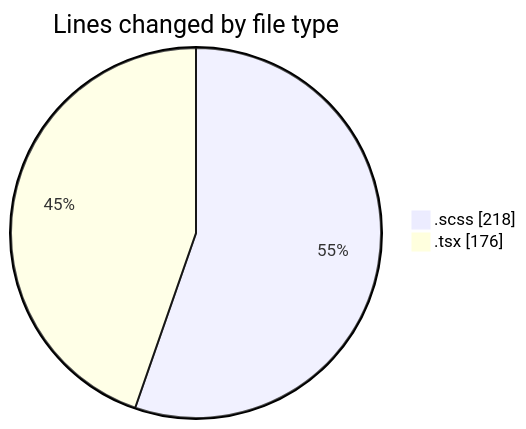
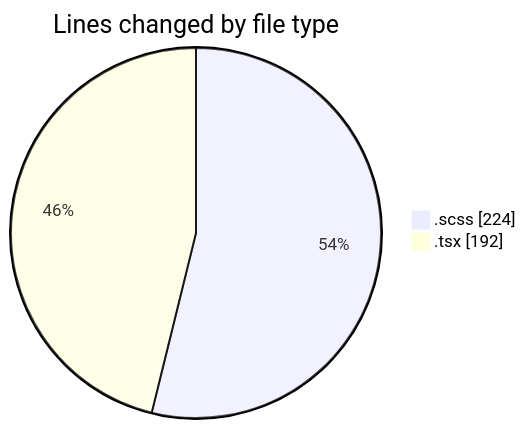
The first of 2 diagrams in 2025-08-28/cda/README.md (momahboobian/code-tracking), drawn with Mermaid before and after one commit. The commit also changed other lines of this file and 1 other file, not shown here.

````diff
--- a/2025-08-28/cda/README.md
+++ b/2025-08-28/cda/README.md
@@ -21,6 +21,6 @@
 ```mermaid
 pie showData
 title Lines changed by file type
-".scss" : 218
-".tsx" : 176
+".scss" : 224
+".tsx" : 192
 ```
````
